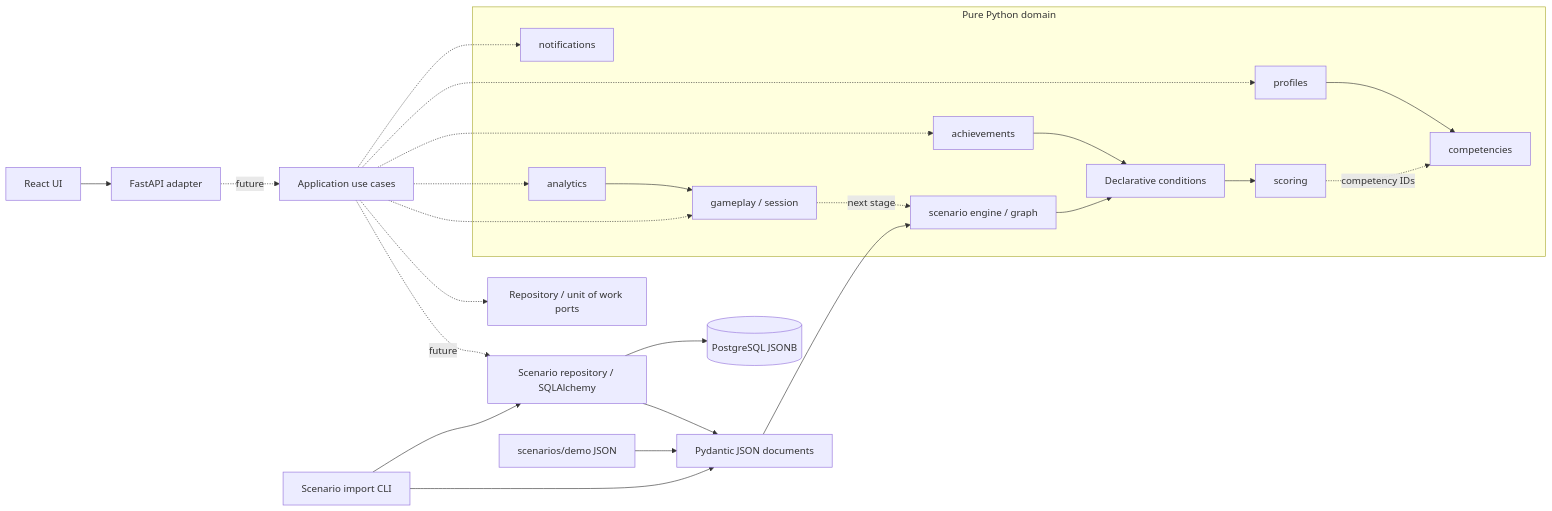
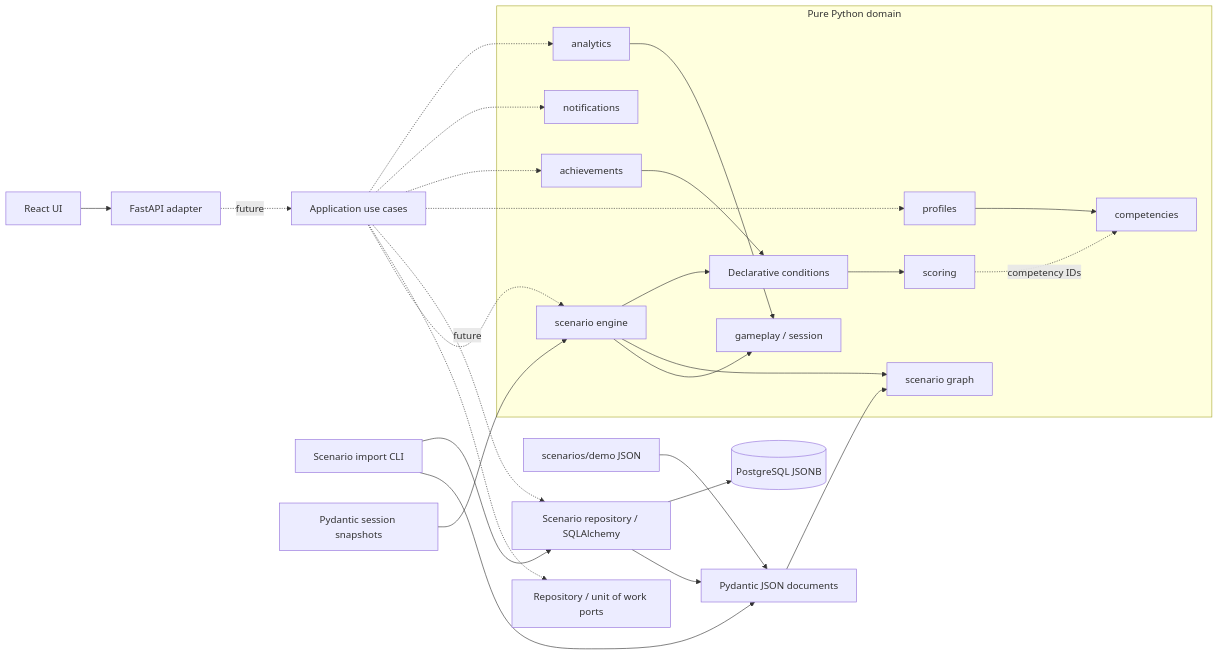
Before and after one commit to chidori31/vsm-training-platform: the diagram in docs/ARCHITECTURE.md, drawn with Mermaid. The commit also changed other lines of this file and 11 other files, not shown here.

Commit message:
feat: implement branching scenario engine

````diff
--- a/docs/ARCHITECTURE.md
+++ b/docs/ARCHITECTURE.md
@@ -18,28 +20,30 @@
 ```mermaid
 flowchart LR
     React[React UI] --> API[FastAPI adapter]
     API -. future .-> UseCases[Application use cases]
-    UseCases -.-> Gameplay[gameplay / session]
+    UseCases -.-> Engine[scenario engine]
     UseCases -.-> Ports[Repository / unit of work ports]
     CLI[Scenario import CLI] --> Documents[Pydantic JSON documents]
     Files[scenarios/demo JSON] --> Documents
     CLI --> SQL[Scenario repository / SQLAlchemy]
     SQL --> Documents
     SQL --> PG[(PostgreSQL JSONB)]
-    Documents --> Engine
+    Documents --> Graph[scenario graph]
+    Snapshots[Pydantic session snapshots] --> Engine
     UseCases -. future .-> SQL
     subgraph Domain[Pure Python domain]
-        Gameplay -. next stage .-> Engine[scenario engine / graph]
+        Engine --> Gameplay[gameplay / session]
+        Engine --> Graph
         Engine --> Rules[Declarative conditions]
         Rules --> Scoring[scoring]
         Scoring -. competency IDs .-> Competencies[competencies]
         Profiles[profiles] --> Competencies
         Achievements[achievements] --> Rules
         Notifications[notifications]
         Analytics[analytics] --> Gameplay
     end
     UseCases -.-> Profiles
     UseCases -.-> Achievements
     UseCases -.-> Notifications
     UseCases -.-> Analytics
 ```
````
